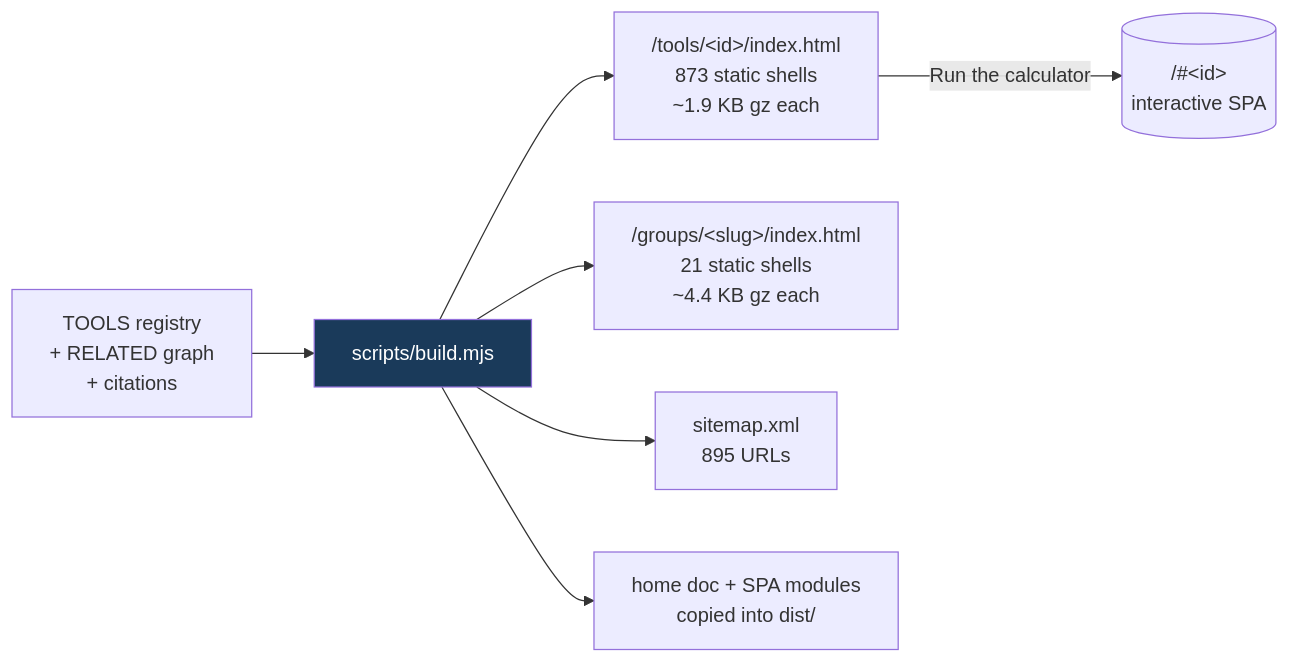
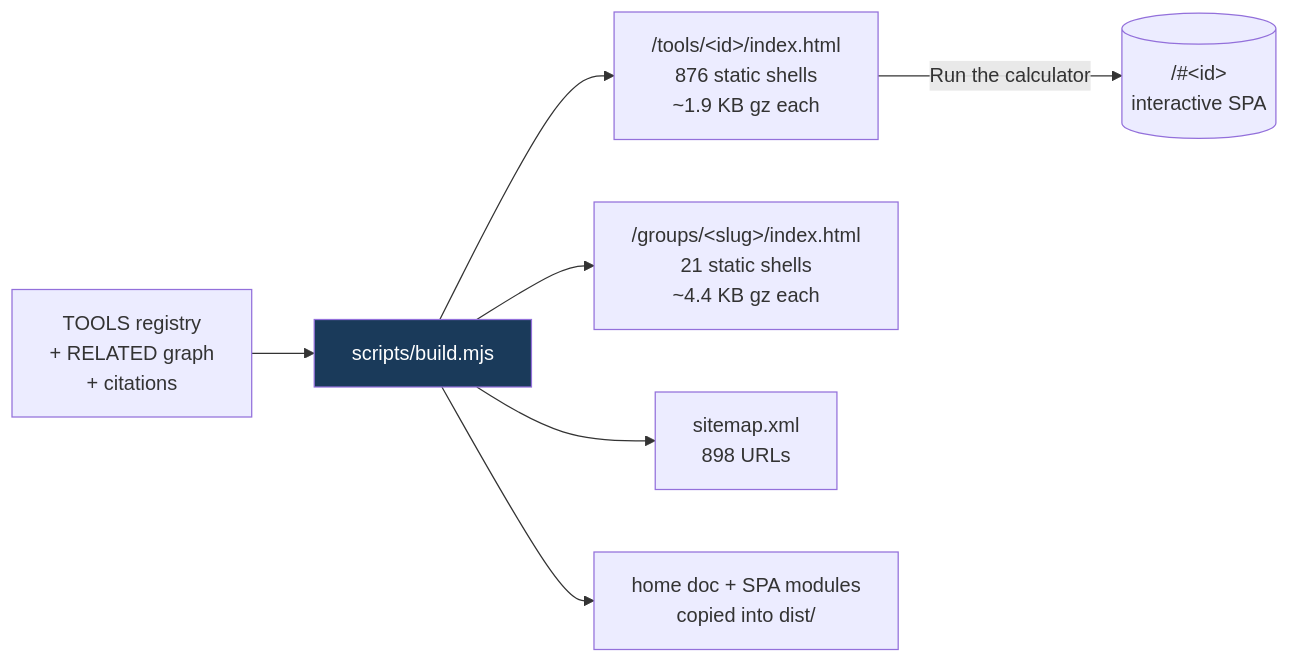
Before and after one commit to clay-good/roughlogic.com: the fifth of 8 diagrams in README.md, drawn with Mermaid. The commit also changed other lines of this file and 20 other files, not shown here.

````diff
--- a/README.md
+++ b/README.md
@@ -495,10 +495,10 @@
 ```mermaid
 flowchart LR
     SRC[TOOLS registry\n+ RELATED graph\n+ citations] --> BUILD[scripts/build.mjs]
-    BUILD --> TILE["/tools/&lt;id&gt;/index.html\n873 static shells\n~1.9 KB gz each"]
+    BUILD --> TILE["/tools/&lt;id&gt;/index.html\n876 static shells\n~1.9 KB gz each"]
     BUILD --> GROUP["/groups/&lt;slug&gt;/index.html\n21 static shells\n~4.4 KB gz each"]
-    BUILD --> MAP["sitemap.xml\n895 URLs"]
+    BUILD --> MAP["sitemap.xml\n898 URLs"]
     BUILD --> COPY[home doc + SPA modules\ncopied into dist/]
     TILE -->|Run the calculator| SPA[("/#&lt;id&gt;\ninteractive SPA")]
     style BUILD fill:#1a3a5a,color:#fff
 ```
````
